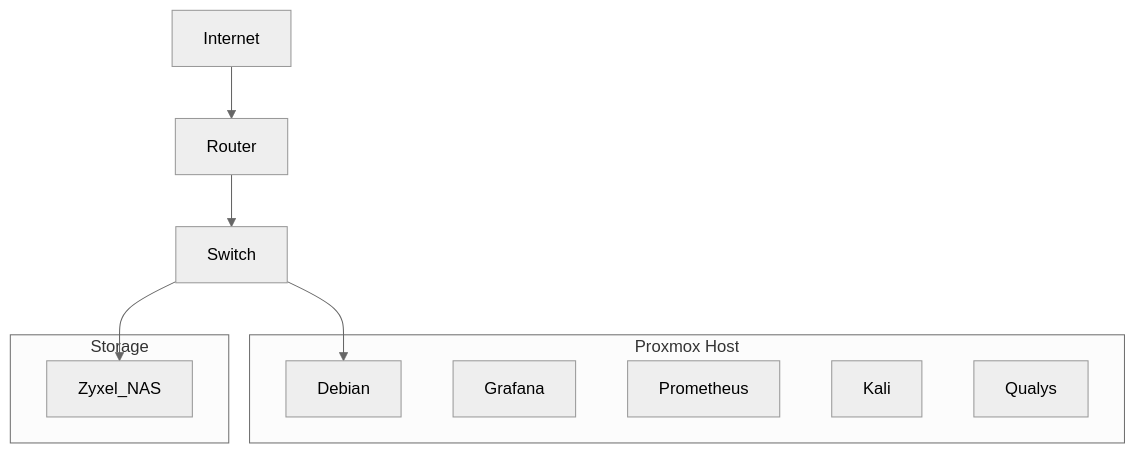
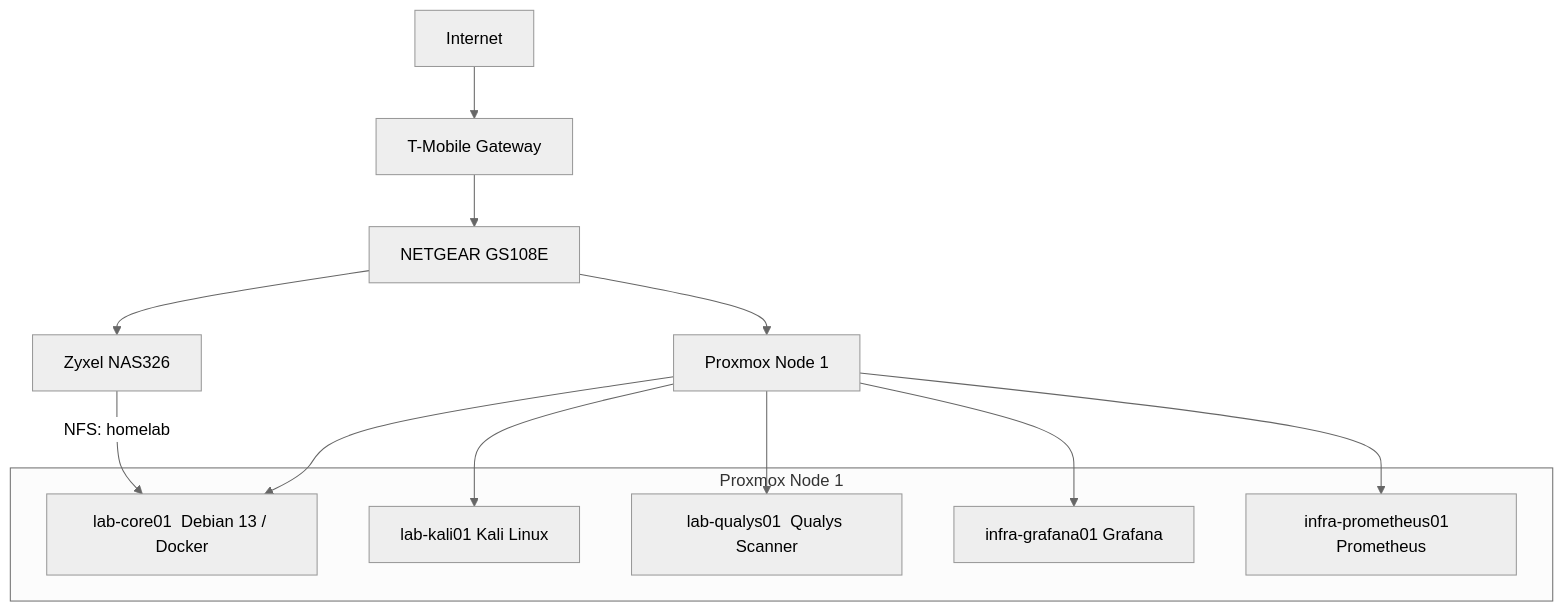
The first of 3 diagrams in docs/architecture.md (Tearstone/tearstone-homelab), drawn with Mermaid (neutral theme) before and after one commit. The commit also changed other lines of this file, not shown here.

````diff
--- a/docs/architecture.md
+++ b/docs/architecture.md
@@ -1,21 +5,24 @@
 ```mermaid
 graph TD
+    Internet --> Router["T-Mobile Gateway"]
+    Router --> Switch["NETGEAR GS108E"]
 
-Internet --> Router
-Router --> Switch
+    Switch --> Proxmox["Proxmox Node 1"]
+    Switch --> NAS["Zyxel NAS326  <PRIVATE_IP>"]
 
-subgraph "Proxmox Host"
-    Debian
-    Grafana
-    Prometheus
-    Kali
-    Qualys
-end
+    subgraph "Proxmox Node 1"
+        Core["lab-core01  Debian 13 / Docker"]
+        Kali["lab-kali01  Kali Linux"]
+        Qualys["lab-qualys01  Qualys Scanner"]
+        Grafana["infra-grafana01  Grafana"]
+        Prometheus["infra-prometheus01  Prometheus"]
+    end
 
-subgraph "Storage"
-    Zyxel_NAS
-end
+    Proxmox --> Core
+    Proxmox --> Kali
+    Proxmox --> Qualys
+    Proxmox --> Grafana
+    Proxmox --> Prometheus
 
-Switch --> Debian
-Switch --> Zyxel_NAS
+    NAS -->|"NFS: homelab"| Core
 ```
````
